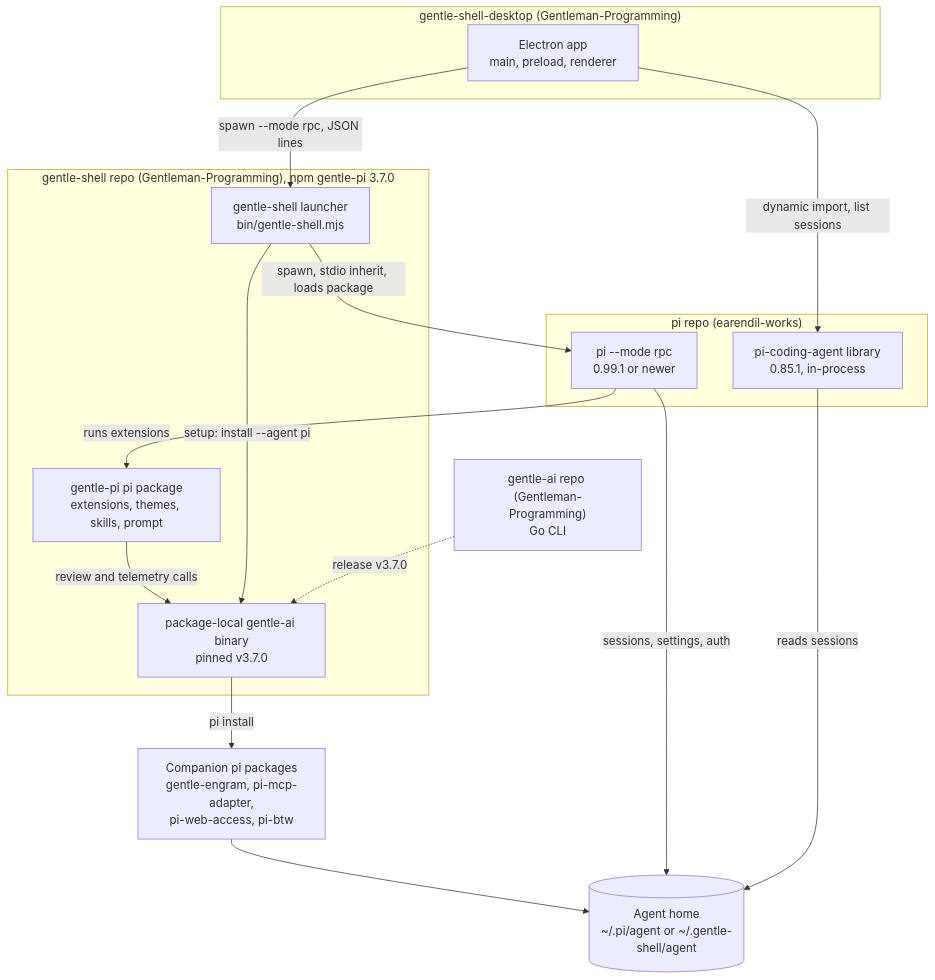
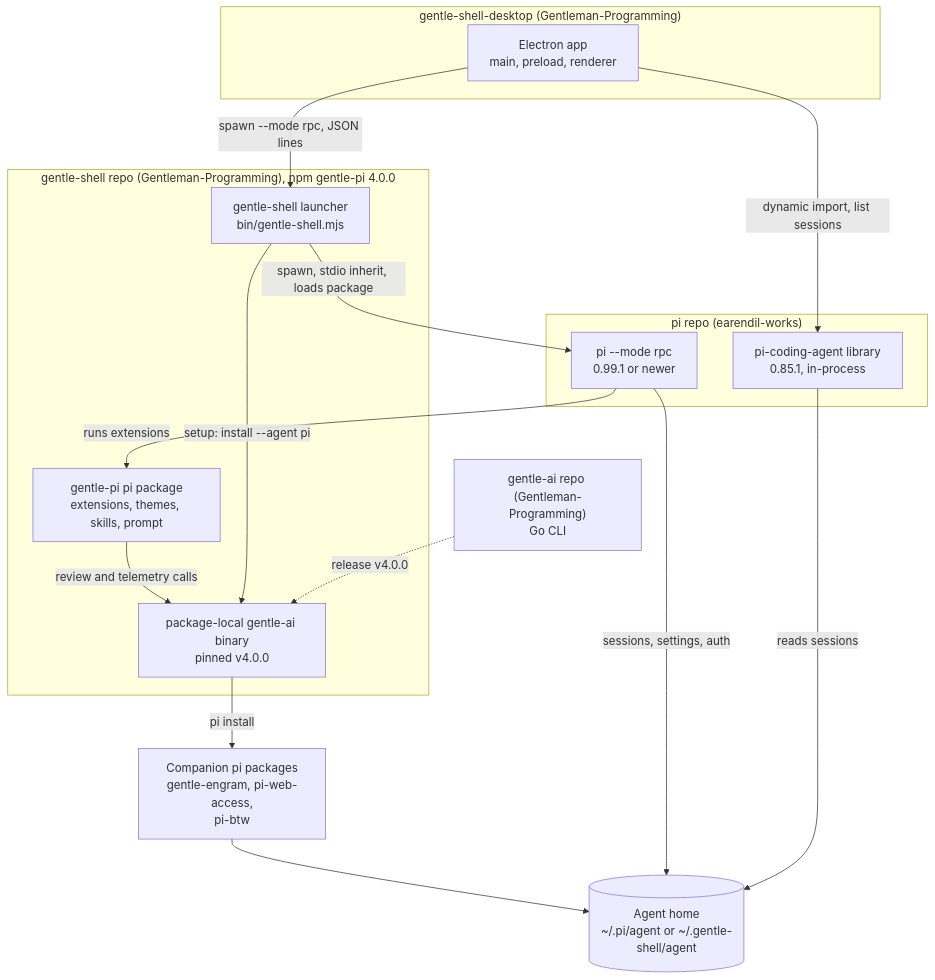
One commit to Gentleman-Programming/gentle-shell-desktop changed the diagram in docs/02-ecosystem.md. Above: the diagram before and after it, drawn with Mermaid. The commit also changed other lines of this file and 6 other files, not shown here.

Commit message:
docs: refresh glossary, ecosystem, architecture and contribution guide to the new pins

````diff
--- a/docs/02-ecosystem.md
+++ b/docs/02-ecosystem.md
@@ -20,29 +20,29 @@
 ```mermaid
 flowchart TB
   subgraph DESK["gentle-shell-desktop (Gentleman-Programming)"]
     D["Electron app<br/>main, preload, renderer"]
   end
-  subgraph GSR["gentle-shell repo (Gentleman-Programming), npm gentle-pi 3.7.0"]
+  subgraph GSR["gentle-shell repo (Gentleman-Programming), npm gentle-pi 4.0.0"]
     L["gentle-shell launcher<br/>bin/gentle-shell.mjs"]
     P["gentle-pi pi package<br/>extensions, themes, skills, prompt"]
-    B["package-local gentle-ai binary<br/>pinned v3.7.0"]
+    B["package-local gentle-ai binary<br/>pinned v4.0.0"]
   end
   subgraph PIR["pi repo (earendil-works)"]
     RPC["pi --mode rpc<br/>0.99.1 or newer"]
     LIB["pi-coding-agent library<br/>0.85.1, in-process"]
   end
   GA["gentle-ai repo (Gentleman-Programming)<br/>Go CLI"]
-  C["Companion pi packages<br/>gentle-engram, pi-mcp-adapter,<br/>pi-web-access, pi-btw"]
+  C["Companion pi packages<br/>gentle-engram, pi-web-access,<br/>pi-btw"]
   H[("Agent home<br/>~/.pi/agent or ~/.gentle-shell/agent")]
   D -- "spawn --mode rpc, JSON lines" --> L
   L -- "spawn, stdio inherit, loads package" --> RPC
   RPC -- "runs extensions" --> P
   P -- "review and telemetry calls" --> B
   L -- "setup: install --agent pi" --> B
-  GA -.->|"release v3.7.0"| B
+  GA -.->|"release v4.0.0"| B
   B -- "pi install" --> C
   C --> H
   RPC -- "sessions, settings, auth" --> H
   D -- "dynamic import, list sessions" --> LIB
   LIB -- "reads sessions" --> H
 ```
````
